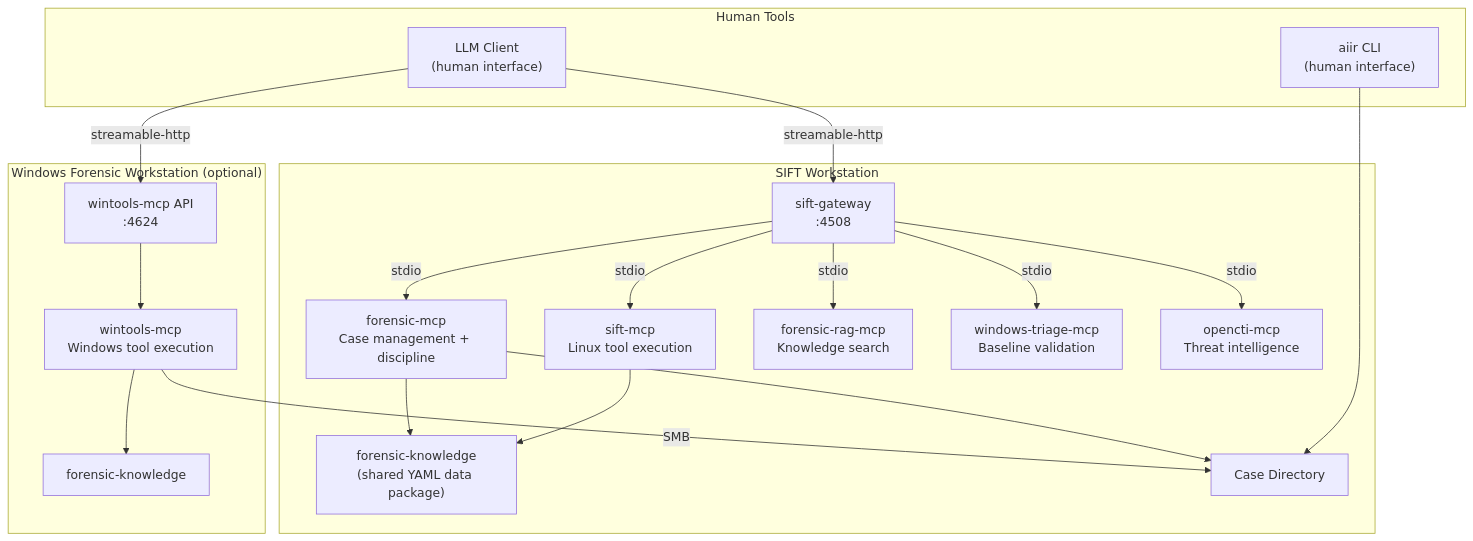
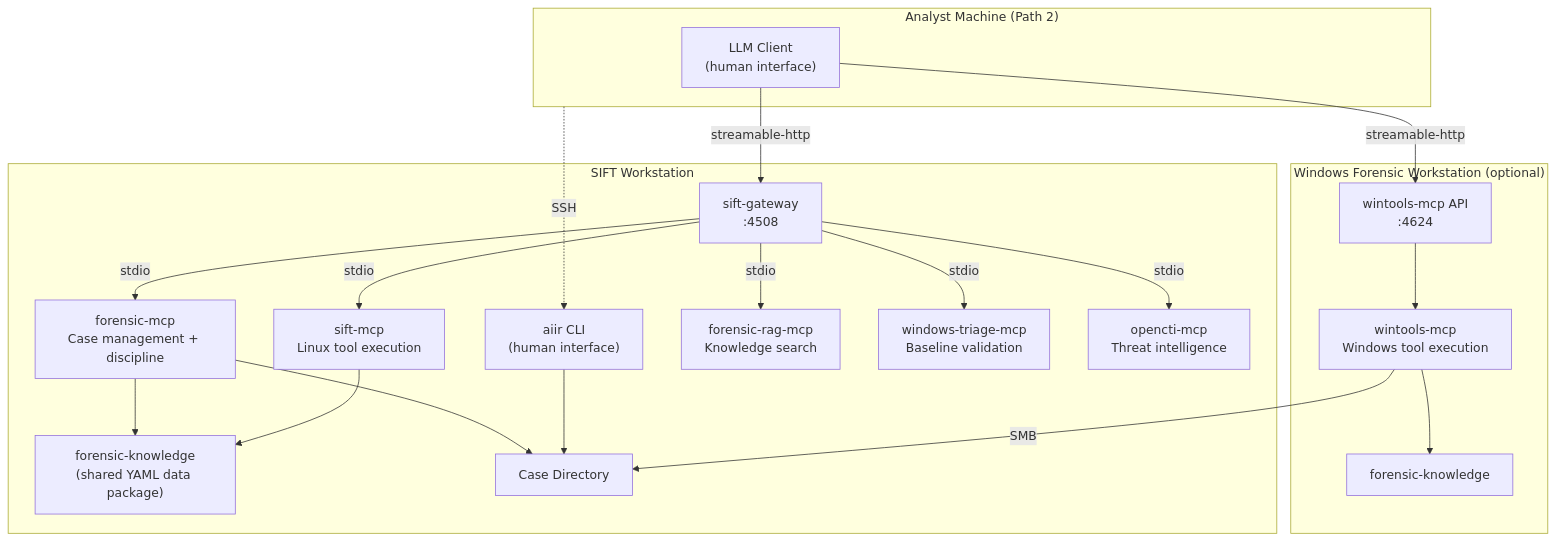
Before and after one commit to AppliedIR/aiir: the first of 6 diagrams in README.md, drawn with Mermaid. The commit also changed other lines of this file, not shown here.

Commit message:
Update diagrams: CLI on SIFT, SSH for remote access, remove NFS/SMB

````diff
--- a/README.md
+++ b/README.md
@@ -11,40 +11,41 @@
 ```mermaid
 graph TB
-    subgraph human ["Human Tools"]
+    subgraph analyst ["Analyst Machine (Path 2)"]
         CC["LLM Client<br/>(human interface)"]
-        CLI["aiir CLI<br/>(human interface)"]
     end
 
     subgraph sift ["SIFT Workstation"]
+        CLI["aiir CLI<br/>(human interface)"]
         GW["sift-gateway<br/>:4508"]
         FM["forensic-mcp<br/>Case management + discipline"]
         SM["sift-mcp<br/>Linux tool execution"]
         FR["forensic-rag-mcp<br/>Knowledge search"]
         WTR["windows-triage-mcp<br/>Baseline validation"]
         OC["opencti-mcp<br/>Threat intelligence"]
         FK["forensic-knowledge<br/>(shared YAML data package)"]
         CASE["Case Directory"]
 
         GW -->|stdio| FM
         GW -->|stdio| SM
         GW -->|stdio| FR
         GW -->|stdio| WTR
         GW -->|stdio| OC
         FM --> FK
         SM --> FK
         FM --> CASE
+        CLI --> CASE
     end
 
     subgraph winbox ["Windows Forensic Workstation (optional)"]
         WAPI["wintools-mcp API<br/>:4624"]
         WM["wintools-mcp<br/>Windows tool execution"]
         FK2["forensic-knowledge"]
         WAPI --> WM
         WM --> FK2
     end
 
     CC -->|"streamable-http"| GW
     CC -->|"streamable-http"| WAPI
-    CLI --> CASE
+    analyst -.->|"SSH"| CLI
     WM -->|"SMB"| CASE
 ```
````
